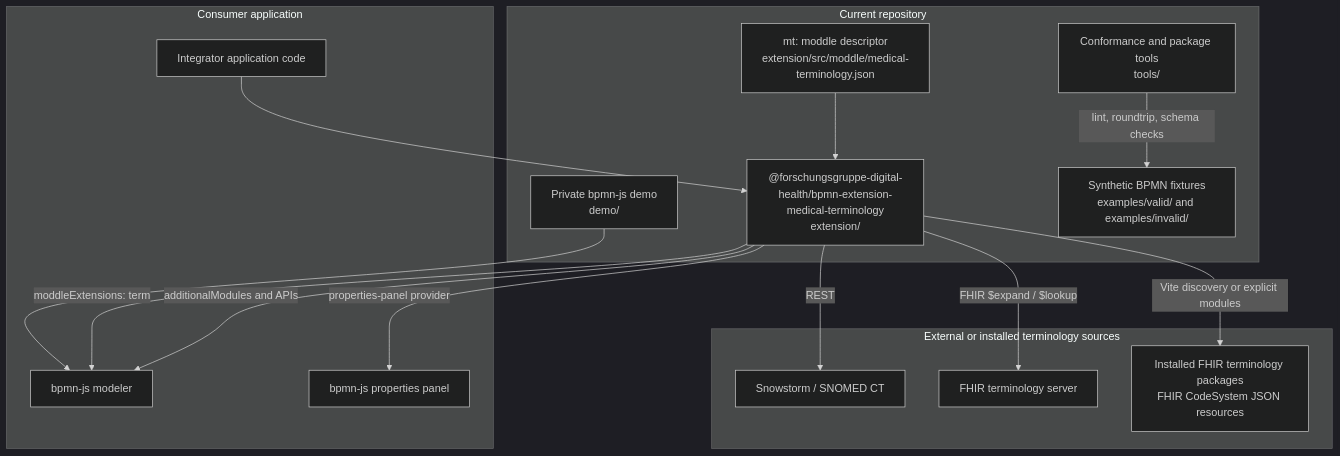
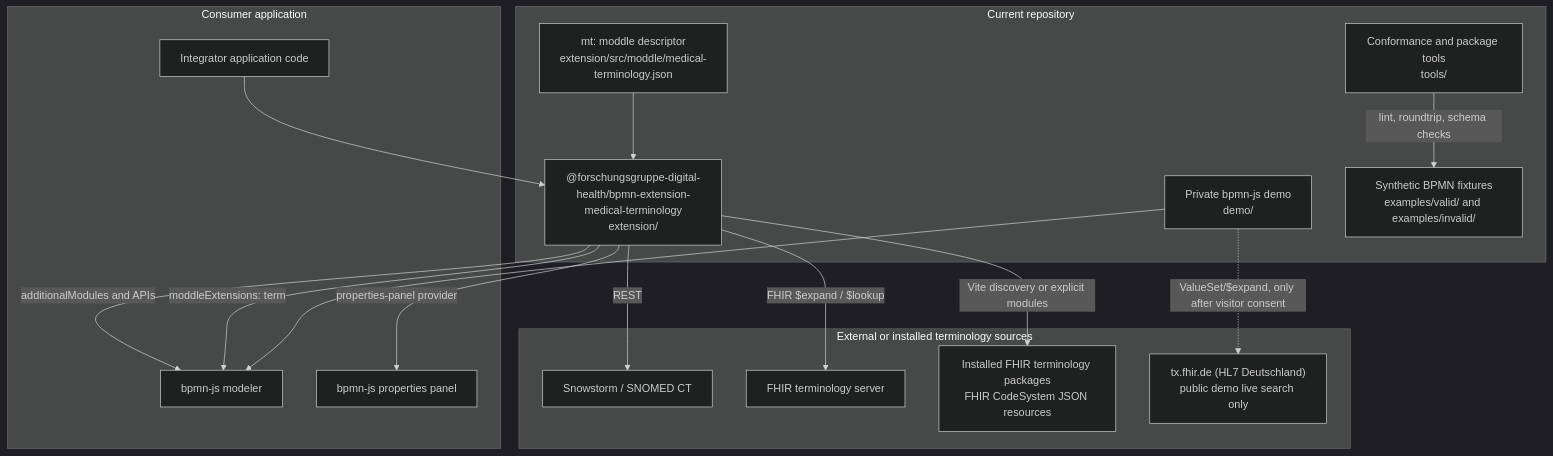
The diagram in docs/arc42/03_context_and_scope.md (forschungsgruppe-digital-health/bpmn-extension-medical-terminology), drawn with Mermaid (dark theme) before and after one commit. The commit also changed other lines of this file and 69 other files, not shown here.

````diff
--- a/docs/arc42/03_context_and_scope.md
+++ b/docs/arc42/03_context_and_scope.md
@@ -8,33 +8,35 @@
 ```mermaid
 graph TB
     subgraph Repo["Current repository"]
         EXT["@forschungsgruppe-digital-health/bpmn-extension-medical-terminology<br/>extension/"]
         DEMO["Private bpmn-js demo<br/>demo/"]
         FIX["Synthetic BPMN fixtures<br/>examples/valid/ and examples/invalid/"]
         TOOLS["Conformance and package tools<br/>tools/"]
         MODDLE["mt: moddle descriptor<br/>extension/src/moddle/medical-terminology.json"]
     end
 
     subgraph Host["Consumer application"]
         MODEL["bpmn-js modeler"]
         PANEL["bpmn-js properties panel"]
         APP["Integrator application code"]
     end
 
     subgraph External["External or installed terminology sources"]
         SNOW["Snowstorm / SNOMED CT"]
         FHIR["FHIR terminology server"]
         PACK["Installed FHIR terminology packages<br/>FHIR CodeSystem JSON resources"]
+        TX["tx.fhir.de (HL7 Deutschland)<br/>public demo live search only"]
     end
 
     EXT -->|additionalModules and APIs| MODEL
     EXT -->|properties-panel provider| PANEL
     EXT -->|moddleExtensions: term| MODEL
     APP --> EXT
     DEMO --> MODEL
     MODDLE --> EXT
     EXT -->|REST| SNOW
     EXT -->|FHIR $expand / $lookup| FHIR
     EXT -->|Vite discovery or explicit modules| PACK
+    DEMO -.->|ValueSet/$expand, only after visitor consent| TX
     TOOLS -->|lint, roundtrip, schema checks| FIX
 ```
````
